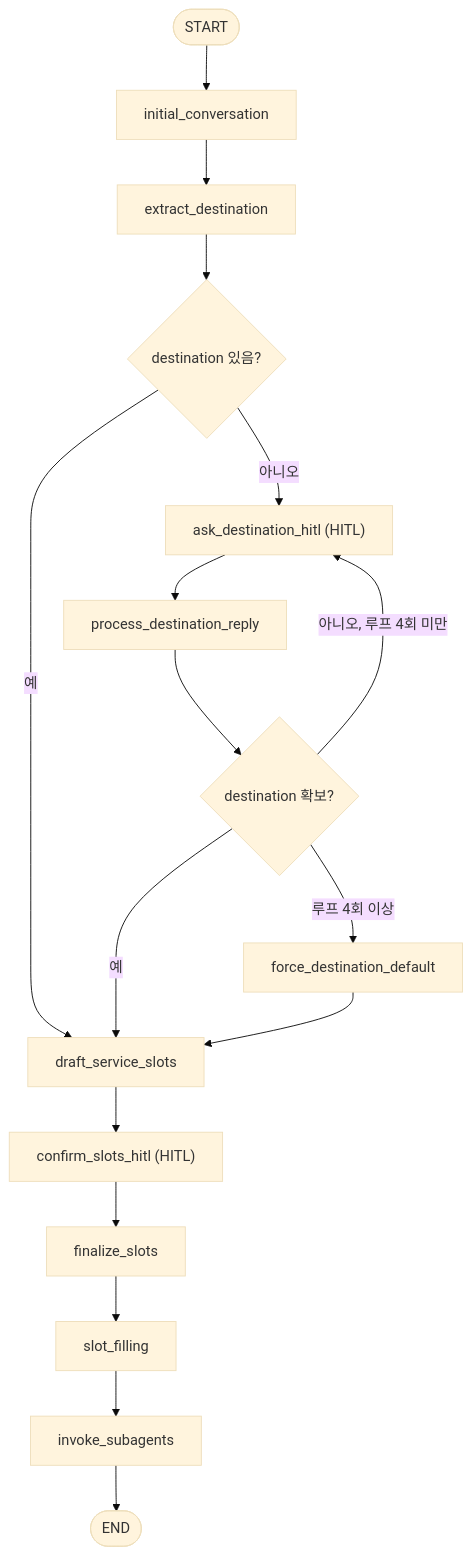
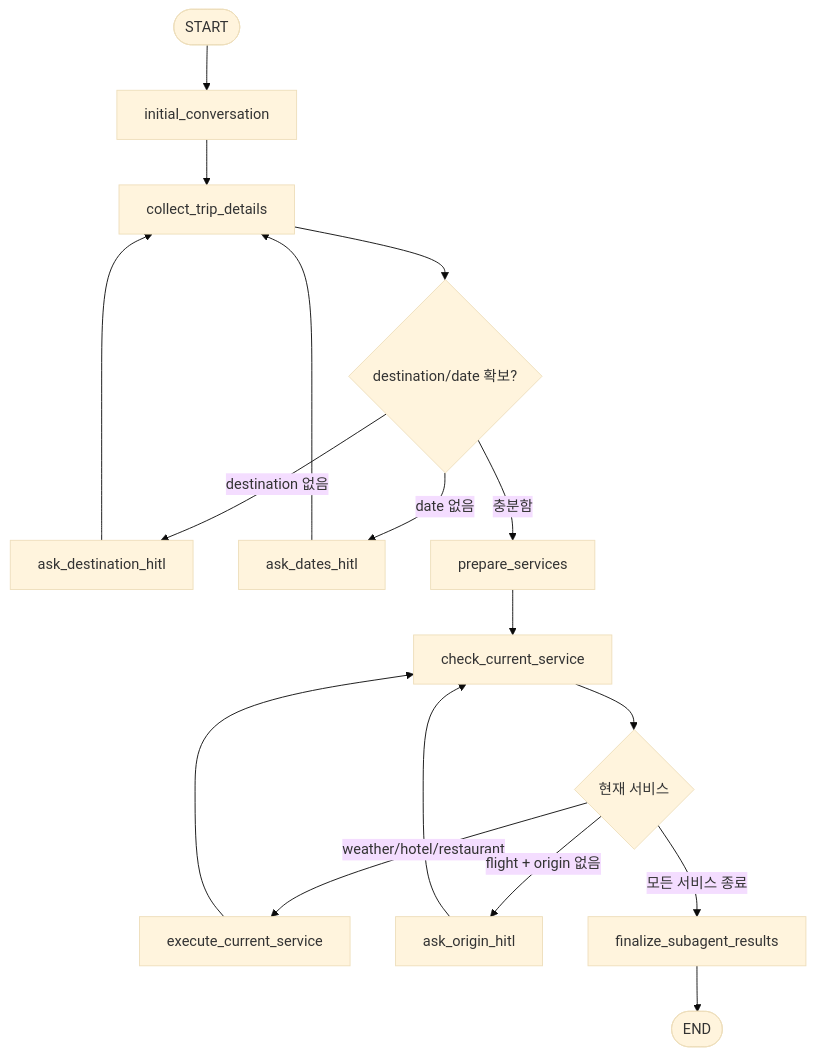
Before and after one commit to dsjasonkim-png/Travel_Agent: the diagram in README.md, drawn with Mermaid (base theme). The commit also changed other lines of this file and 31 other files, not shown here.

````diff
--- a/README.md
+++ b/README.md
@@ -11,19 +57,19 @@
 ```mermaid
 flowchart TD
   START([START]) --> A[initial_conversation]
-  A --> B[extract_destination]
-  B --> C{destination 있음?}
-  C -->|예| D[draft_service_slots]
-  C -->|아니오| E["ask_destination_hitl (HITL)"]
-  E --> F[process_destination_reply]
-  F --> G{destination 확보?}
-  G -->|예| D
-  G -->|아니오, 루프 4회 미만| E
-  G -->|루프 4회 이상| H[force_destination_default]
-  H --> D
-  D --> I["confirm_slots_hitl (HITL)"]
-  I --> J[finalize_slots]
-  J --> K[slot_filling]
-  K --> L[invoke_subagents]
-  L --> END([END])
+  A --> B[collect_trip_details]
+  B --> C{destination/date 확보?}
+  C -->|destination 없음| D["ask_destination_hitl"]
+  C -->|date 없음| E["ask_dates_hitl"]
+  C -->|충분함| F[prepare_services]
+  D --> B
+  E --> B
+  F --> G[check_current_service]
+  G --> H{현재 서비스}
+  H -->|weather/hotel/restaurant| I[execute_current_service]
+  H -->|flight + origin 없음| J["ask_origin_hitl"]
+  H -->|모든 서비스 종료| K[finalize_subagent_results]
+  J --> G
+  I --> G
+  K --> END([END])
 ```
````
